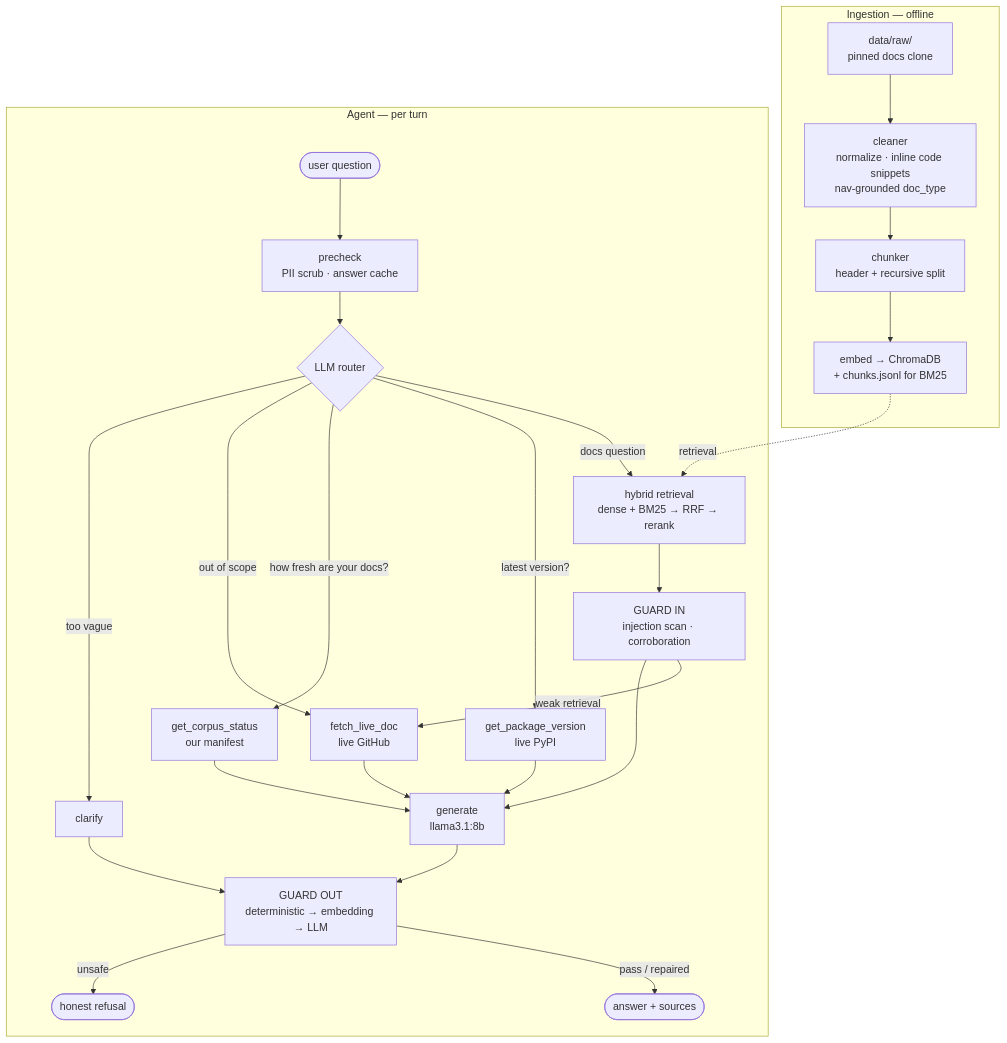
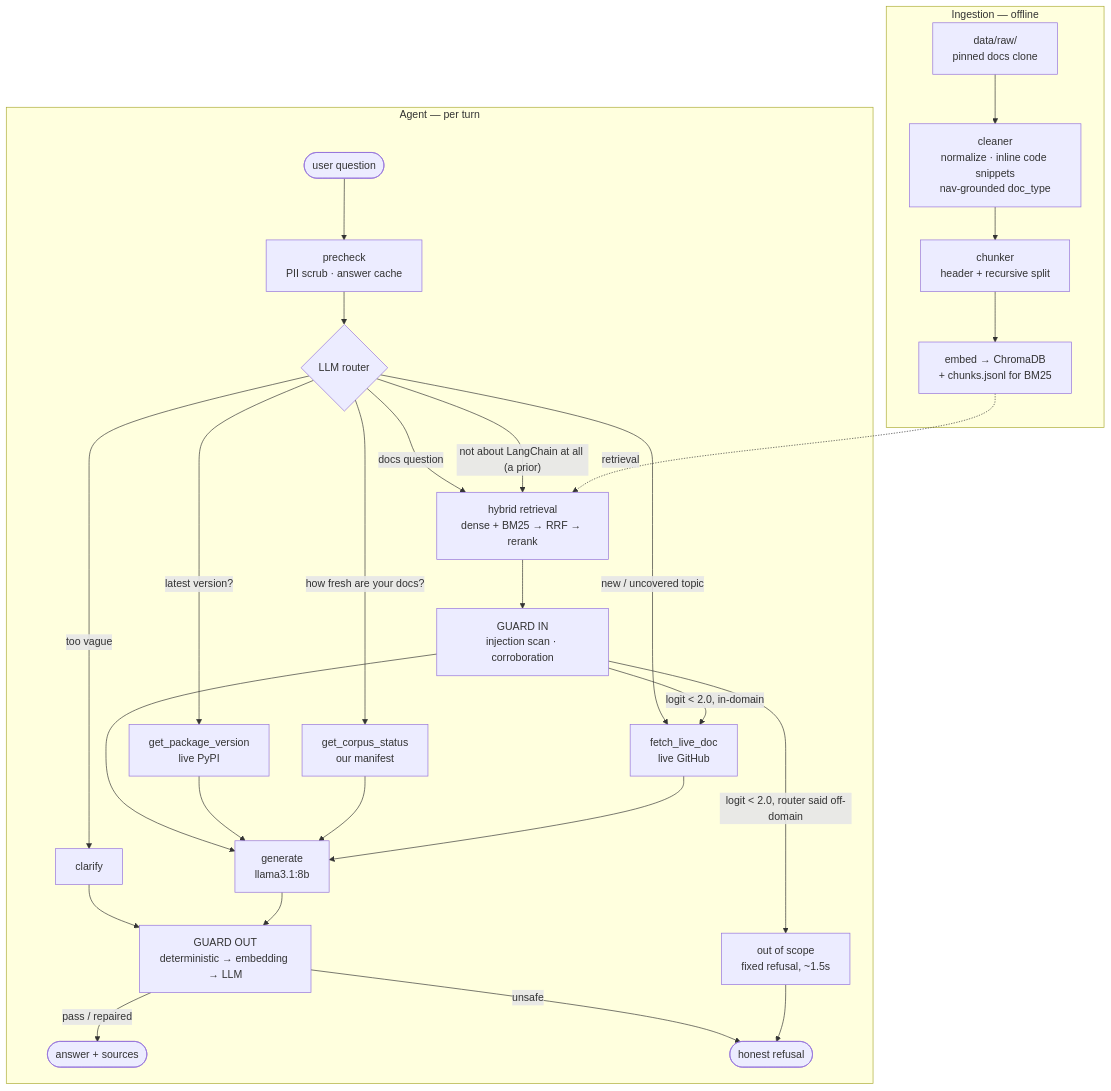
One commit to parimalganorkar/agentic-rag-assistant changed the diagram in README.md. Above: the diagram before and after it, drawn with Mermaid. The commit also changed other lines of this file and 15 other files, not shown here.

````diff
--- a/README.md
+++ b/README.md
@@ -142,31 +176,34 @@
 ```mermaid
 flowchart TD
     subgraph IG["Ingestion — offline"]
         RAW["data/raw/<br/>pinned docs clone"] --> CLEAN["cleaner<br/>normalize · inline code snippets<br/>nav-grounded doc_type"]
         CLEAN --> CH["chunker<br/>header + recursive split"]
         CH --> EMB["embed → ChromaDB<br/>+ chunks.jsonl for BM25"]
     end
 
     subgraph AG["Agent — per turn"]
         Q(["user question"]) --> PRE["precheck<br/>PII scrub · answer cache"]
         PRE --> ROUTER{"LLM router"}
         ROUTER -->|docs question| RET["hybrid retrieval<br/>dense + BM25 → RRF → rerank"]
         ROUTER -->|"latest version?"| T1["get_package_version<br/>live PyPI"]
         ROUTER -->|"how fresh are your docs?"| T2["get_corpus_status<br/>our manifest"]
-        ROUTER -->|out of scope| T3["fetch_live_doc<br/>live GitHub"]
+        ROUTER -->|new / uncovered topic| T3["fetch_live_doc<br/>live GitHub"]
         ROUTER -->|too vague| CLR["clarify"]
+        ROUTER -->|"not about LangChain at all (a prior)"| RET
 
         RET --> GIN["GUARD IN<br/>injection scan · corroboration"]
-        GIN -->|weak retrieval| T3
+        GIN -->|"logit < 2.0, in-domain"| T3
+        GIN -->|"logit < 2.0, router said off-domain"| OOS["out of scope<br/>fixed refusal, ~1.5s"]
         GIN --> GEN["generate<br/>llama3.1:8b"]
         T1 --> GEN
         T2 --> GEN
         T3 --> GEN
         CLR --> GOUT
         GEN --> GOUT["GUARD OUT<br/>deterministic → embedding → LLM"]
         GOUT -->|pass / repaired| ANS(["answer + sources"])
         GOUT -->|unsafe| REF(["honest refusal"])
+        OOS --> REF
     end
 
     EMB -.->|retrieval| RET
 ```
````
